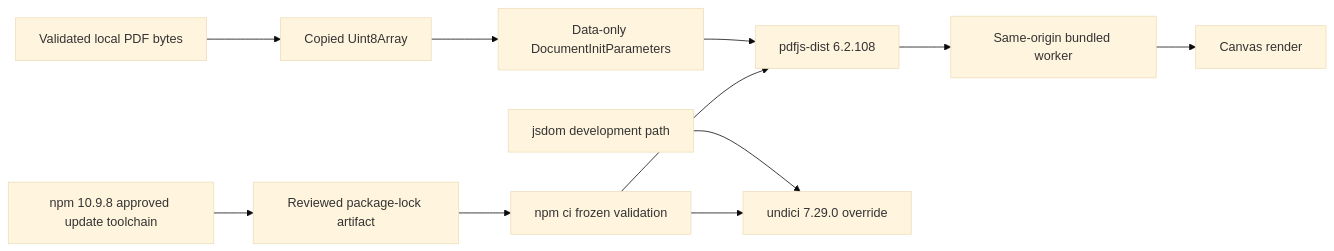
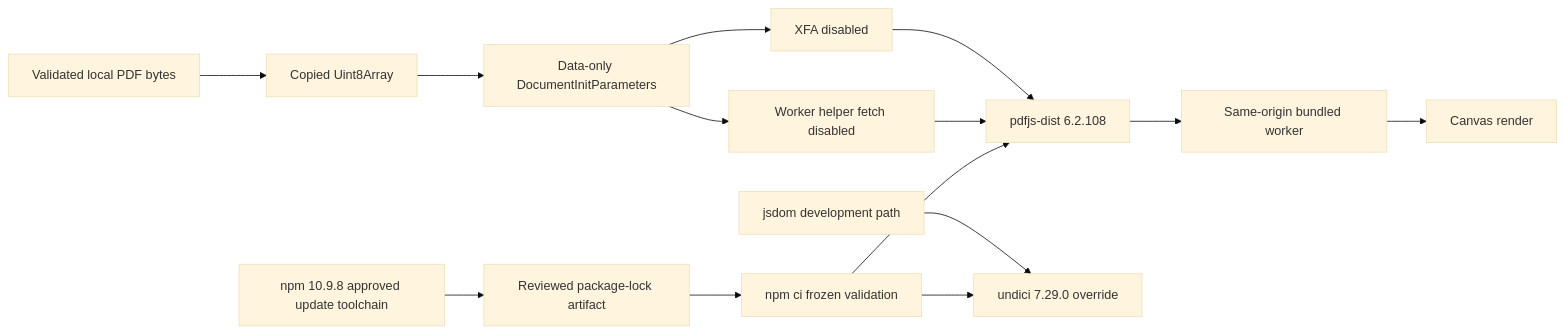
The diagram in docs/doctoring/high-security-pdf-http-baseline.md (ContextualWisdomLab/bandscope), drawn with Mermaid (base theme) before and after one commit. The commit also changed other lines of this file, not shown here.

````diff
--- a/docs/doctoring/high-security-pdf-http-baseline.md
+++ b/docs/doctoring/high-security-pdf-http-baseline.md
@@ -13,13 +13,16 @@
 ```mermaid
 flowchart LR
     A[Validated local PDF bytes] --> B[Copied Uint8Array]
     B --> D[Data-only DocumentInitParameters]
-    D --> C[pdfjs-dist 6.2.108]
+    D --> X[XFA disabled]
+    D --> F[Worker helper fetch disabled]
+    X --> C[pdfjs-dist 6.2.108]
+    F --> C
     C --> W[Same-origin bundled worker]
     W --> R[Canvas render]
     J[jsdom development path] --> U[undici 7.29.0 override]
     N[npm 10.9.8 approved update toolchain] --> L[Reviewed package-lock artifact]
     L --> V[npm ci frozen validation]
     V --> C
     V --> U
 ```
````
